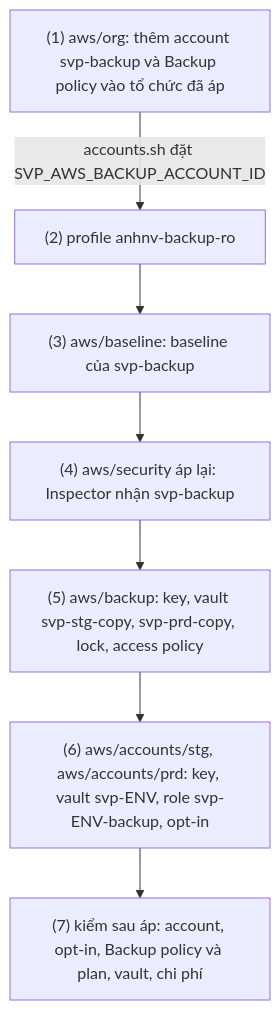
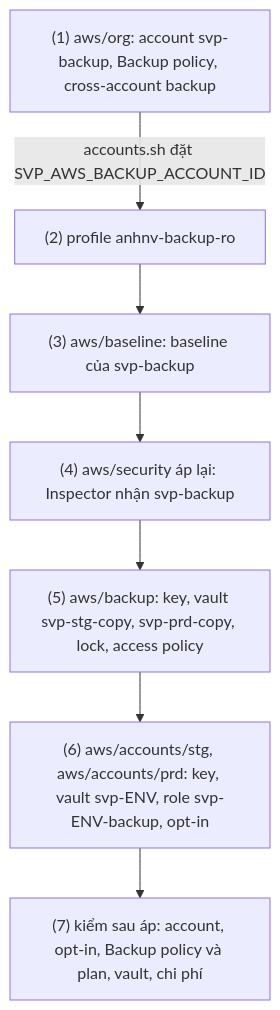
One commit to anhnvcoder/svp-infra changed the diagram in docs/runbooks/backup-setup.md. Above: the diagram before and after it, drawn with Mermaid. The commit also changed other lines of this file and 123 other files, not shown here.

First line of the commit message:
docs: rebuild handbook, runbooks and reference with D2 diagrams (#64)

````diff
--- a/docs/runbooks/backup-setup.md
+++ b/docs/runbooks/backup-setup.md
@@ -17,11 +60,11 @@
 ```mermaid
 flowchart TD
-  B1["(1) aws/org: thêm account svp-backup và Backup policy vào tổ chức đã áp"]
-  B1 -->|accounts.sh đặt SVP_AWS_BACKUP_ACCOUNT_ID| B2
+  B1["(1) aws/org: account svp-backup, Backup policy, cross-account backup"]
+  B1 -->|"accounts.sh đặt SVP_AWS_BACKUP_ACCOUNT_ID"| B2
   B2["(2) profile anhnv-backup-ro"] --> B3
   B3["(3) aws/baseline: baseline của svp-backup"] --> B4
   B4["(4) aws/security áp lại: Inspector nhận svp-backup"] --> B5
   B5["(5) aws/backup: key, vault svp-stg-copy, svp-prd-copy, lock, access policy"] --> B6
   B6["(6) aws/accounts/stg, aws/accounts/prd: key, vault svp-ENV, role svp-ENV-backup, opt-in"] --> B7
   B7["(7) kiểm sau áp: account, opt-in, Backup policy và plan, vault, chi phí"]
 ```
````
